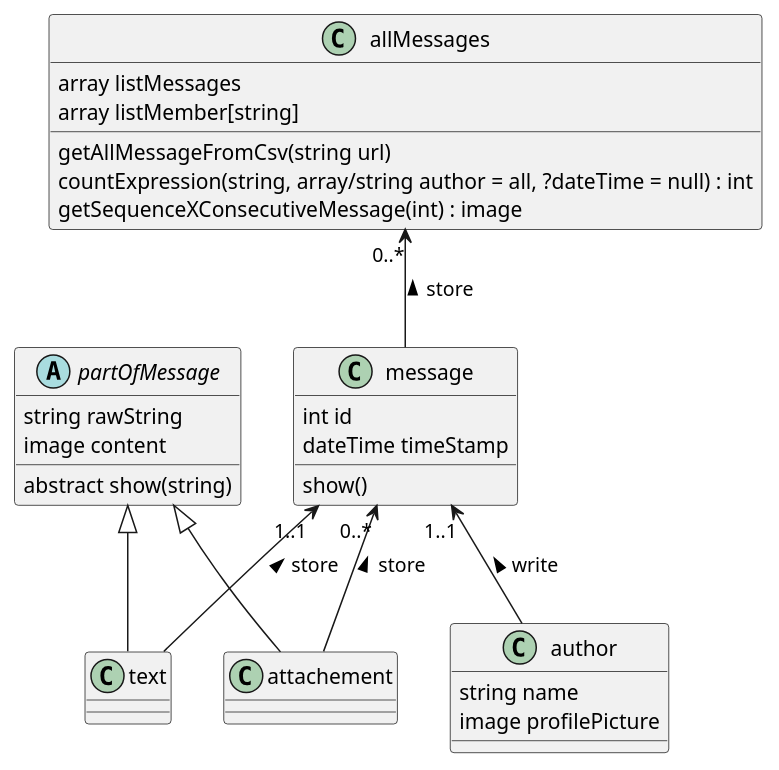
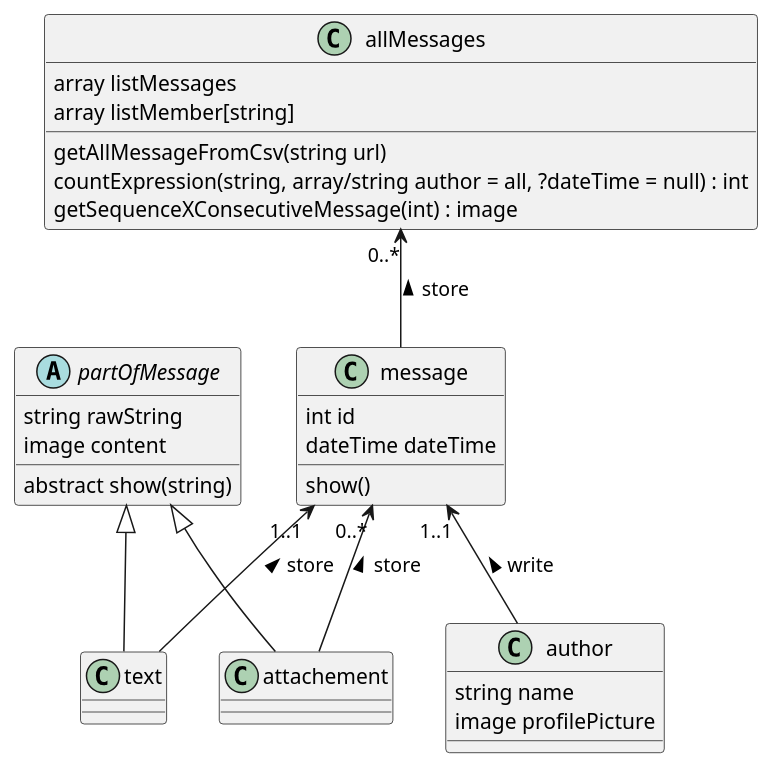
The diagram in diags.puml (SNEAXIII/Discord-Conversation-Parsing), drawn with PlantUML before and after one commit. The commit also changed 2 other files, not shown here.

```diff
--- a/diags.puml
+++ b/diags.puml
@@ -1,42 +1,42 @@
 @startuml
 
 class allMessages {
 array listMessages
 array listMember[string]
 getAllMessageFromCsv(string url)
 countExpression(string, array/string author = all, ?dateTime = null) : int
 getSequenceXConsecutiveMessage(int) : image
 }
 
 class message {
 int id
-dateTime timeStamp
+dateTime dateTime
 show()
 }
 
 abstract class partOfMessage {
 string rawString
 image content
 abstract show(string)
 }
 
 class attachement {
 }
 
 class text {
 }
 
 class author {
 string name
 image profilePicture
 }
 
 
 allMessages "0..*"<-- message : store <
 message "0..*"<-- attachement : store <
 message "1..1"<-- text : store <
 message "1..1"<-- author : write <
 partOfMessage <|-- attachement
 partOfMessage <|-- text
 
 @enduml
```
